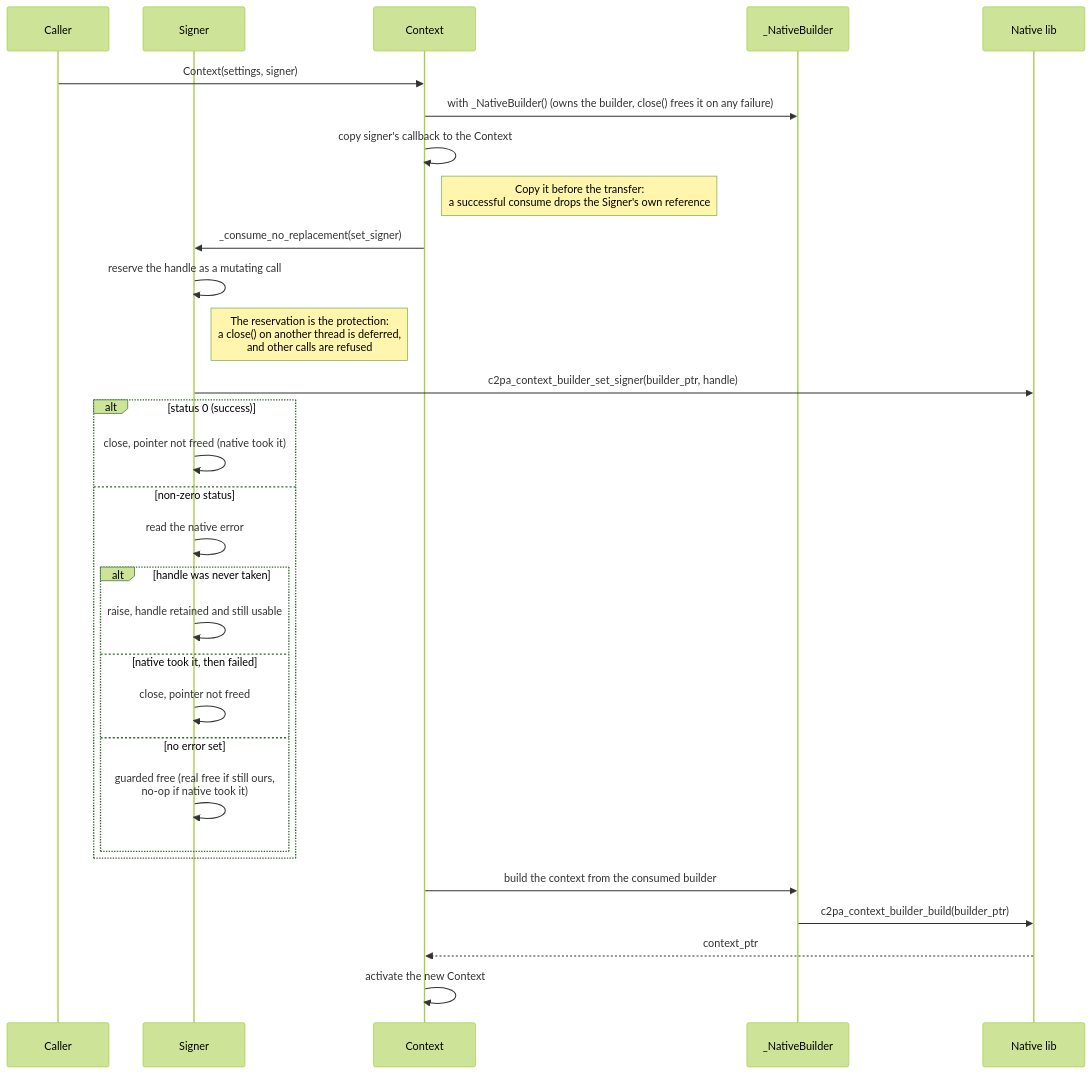
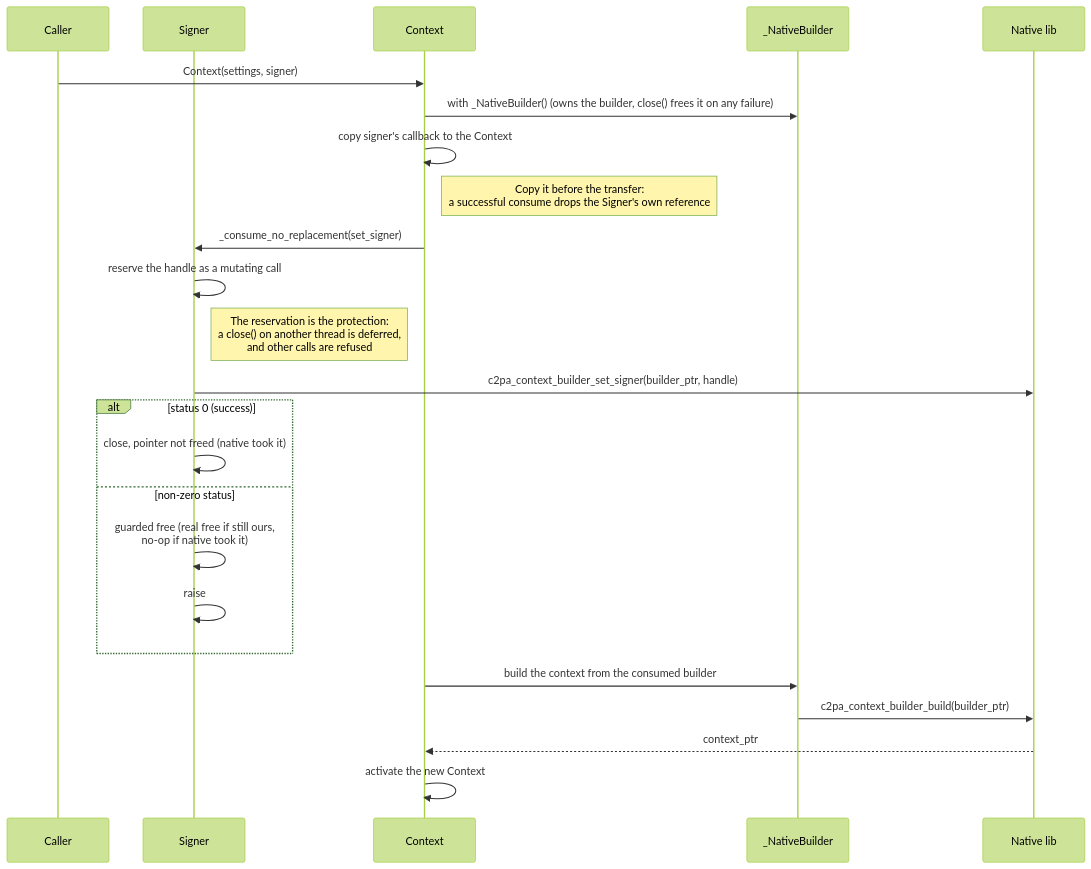
Before and after one commit to contentauth/c2pa-python: the fourth of 7 diagrams in docs/native-resources-management.md, drawn with Mermaid (forest theme). The commit also changed other lines of this file and 5 other files, not shown here.

````diff
--- a/docs/native-resources-management.md
+++ b/docs/native-resources-management.md
@@ -256,35 +217,29 @@
 ```mermaid
 sequenceDiagram
     participant C as Caller
     participant S as Signer
     participant X as Context
     participant B as _NativeBuilder
     participant N as Native lib
 
     C->>X: Context(settings, signer)
     X->>B: with _NativeBuilder() (owns the builder, close() frees it on any failure)
     X->>X: copy signer's callback to the Context
     Note right of X: Copy it before the transfer:<br/>a successful consume drops the Signer's own reference
     X->>S: _consume_no_replacement(set_signer)
     S->>S: reserve the handle as a mutating call
     Note right of S: The reservation is the protection:<br/>a close() on another thread is deferred,<br/>and other calls are refused
     S->>N: c2pa_context_builder_set_signer(builder_ptr, handle)
 
     alt status 0 (success)
         S->>S: close, pointer not freed (native took it)
     else non-zero status
-        S->>S: read the native error
-        alt handle was never taken
-            S->>S: raise, handle retained and still usable
-        else native took it, then failed
-            S->>S: close, pointer not freed
-        else no error set
-            S->>S: guarded free (real free if still ours,<br/>no-op if native took it)
-        end
+        S->>S: guarded free (real free if still ours,<br/>no-op if native took it)
+        S->>S: raise
     end
 
     X->>B: build the context from the consumed builder
     B->>N: c2pa_context_builder_build(builder_ptr)
     N-->>X: context_ptr
     X->>X: activate the new Context
 ```
````
